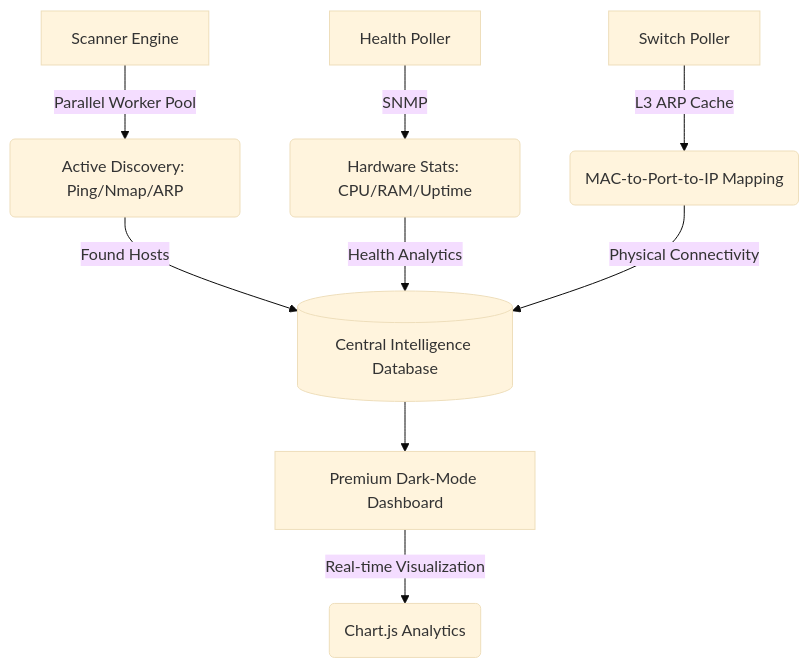
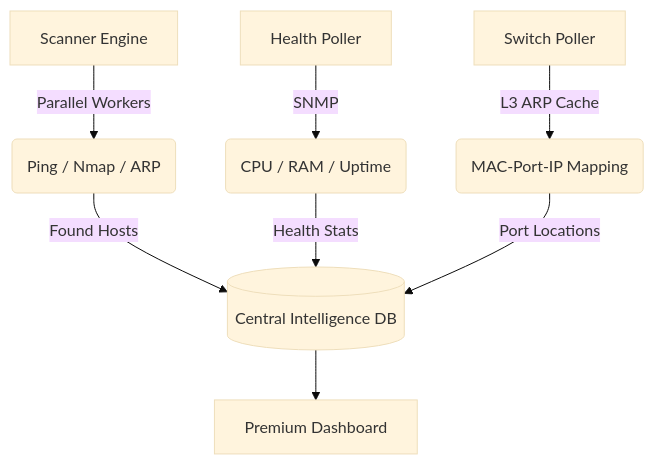
One commit to frambudi75/IP-Manage changed the diagram in README.md. Above: the diagram before and after it, drawn with Mermaid (base theme). The commit also changed other lines of this file, not shown here.

````diff
--- a/README.md
+++ b/README.md
@@ -12,11 +10,10 @@
 ```mermaid
 graph TD
-    A[Scanner Engine] -->|Parallel Worker Pool| B(Active Discovery: Ping/Nmap/ARP)
-    C[Health Poller] -->|SNMP| D(Hardware Stats: CPU/RAM/Uptime)
-    E[Switch Poller] -->|L3 ARP Cache| F(MAC-to-Port-to-IP Mapping)
-    B -->|Found Hosts| G[(Central Intelligence Database)]
-    D -->|Health Analytics| G
-    F -->|Physical Connectivity| G
-    G --> H[Premium Dark-Mode Dashboard]
-    H -->|Real-time Visualization| I(Chart.js Analytics)
+    A[Scanner Engine] -->|Parallel Workers| B(Ping / Nmap / ARP)
+    C[Health Poller] -->|SNMP| D(CPU / RAM / Uptime)
+    E[Switch Poller] -->|L3 ARP Cache| F(MAC-Port-IP Mapping)
+    B -->|Found Hosts| G[(Central Intelligence DB)]
+    D -->|Health Stats| G
+    F -->|Port Locations| G
+    G --> H[Premium Dashboard]
 ```
````
